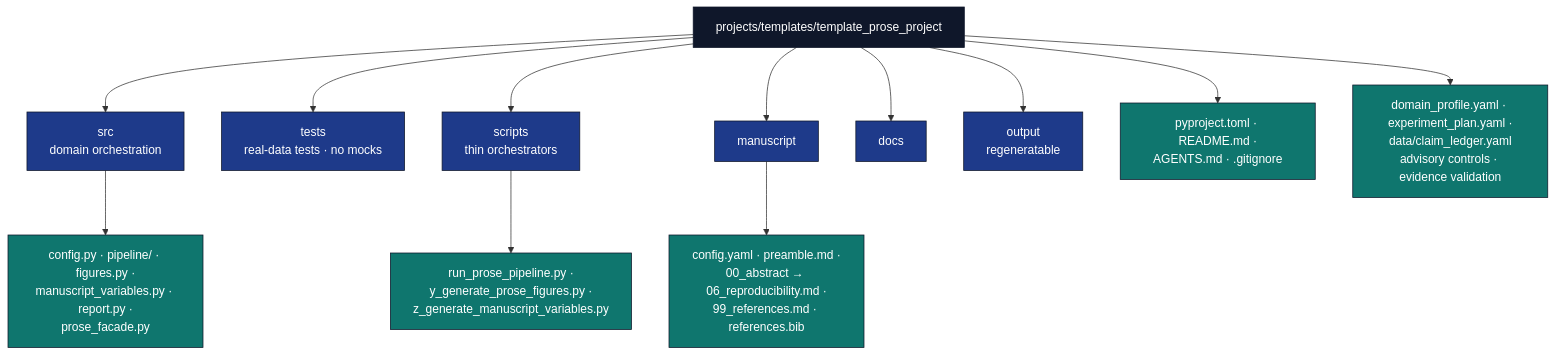
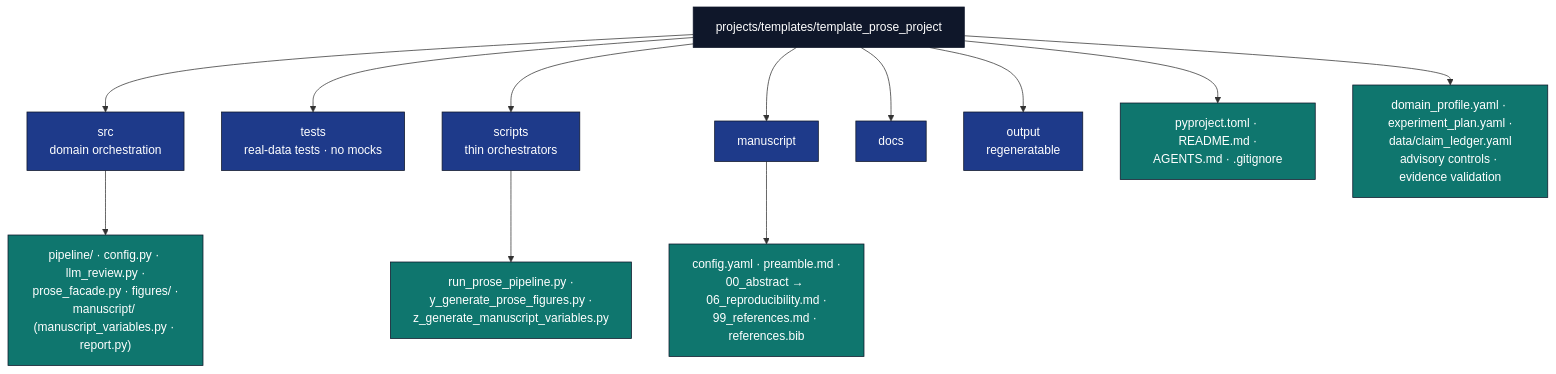
Before and after one commit to docxology/template: the diagram in projects/templates/template_prose_project/AGENTS.md, drawn with Mermaid. The commit also changed other lines of this file and 775 other files, not shown here.

````diff
--- a/projects/templates/template_prose_project/AGENTS.md
+++ b/projects/templates/template_prose_project/AGENTS.md
@@ -14,23 +14,23 @@
 ```mermaid
 flowchart TB
     P[projects/templates/template_prose_project]
     P --> SRC[src<br/>domain orchestration]
     P --> T[tests<br/>real-data tests · no mocks]
     P --> SC[scripts<br/>thin orchestrators]
     P --> M[manuscript]
     P --> DOCS[docs]
     P --> OUT[output<br/>regeneratable]
     P --> META[pyproject.toml · README.md ·<br/>AGENTS.md · .gitignore]
     P --> OVERLAY[domain_profile.yaml · experiment_plan.yaml ·<br/>data/claim_ledger.yaml<br/>advisory controls · evidence validation]
 
-    SRC --> SRC_F[config.py · pipeline/ · figures.py ·<br/>manuscript_variables.py · report.py ·<br/>prose_facade.py]
+    SRC --> SRC_F["pipeline/ · config.py · llm_review.py ·<br/>prose_facade.py · figures/ ·<br/>manuscript/ (manuscript_variables.py · report.py)"]
     SC --> SC_F[run_prose_pipeline.py ·<br/>y_generate_prose_figures.py ·<br/>z_generate_manuscript_variables.py]
     M --> M_F[config.yaml · preamble.md ·<br/>00_abstract → 06_reproducibility.md ·<br/>99_references.md · references.bib]
 
     classDef d fill:#0f172a,stroke:#0f172a,color:#fff
     classDef pkg fill:#1e3a8a,stroke:#0f172a,color:#fff
     classDef f fill:#0f766e,stroke:#0f172a,color:#fff
     class P d
     class SRC,T,SC,M,DOCS,OUT pkg
     class SRC_F,SC_F,M_F,META,OVERLAY f
 ```
````
